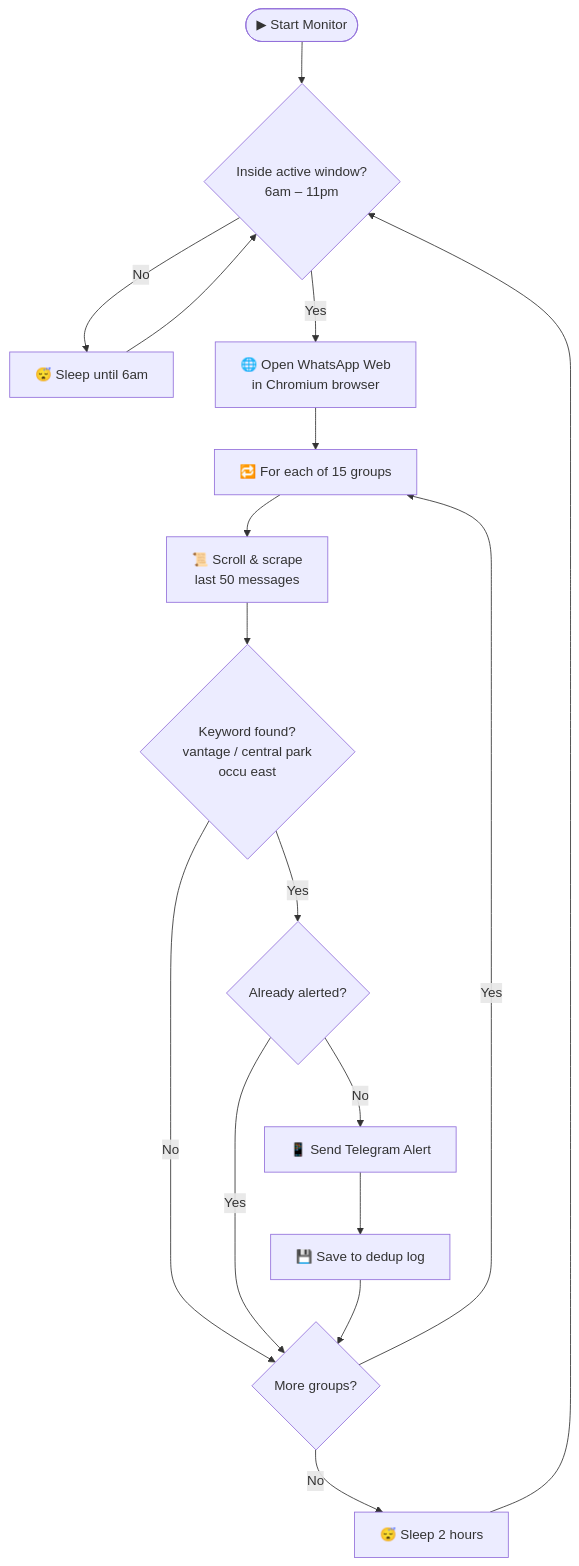
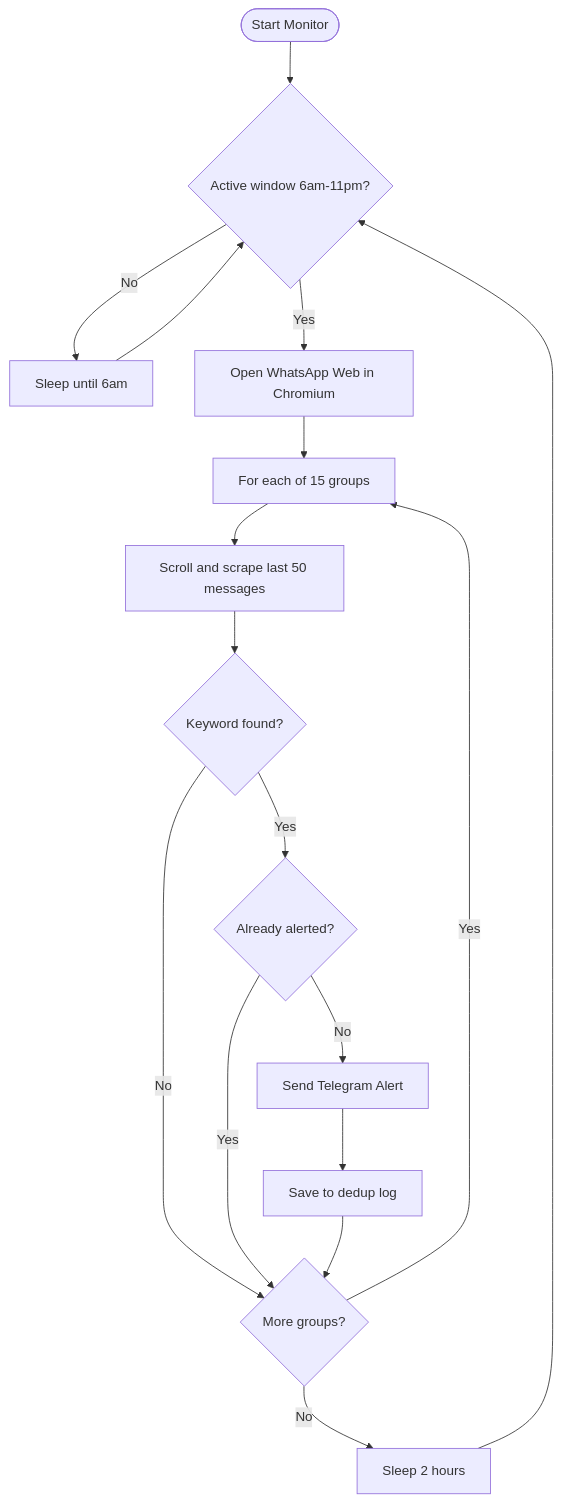
One commit to SandeepKonduruRaju/whatsapp-group-monitor changed the diagram in README.md. Above: the diagram before and after it, drawn with Mermaid. The commit also changed other lines of this file and 3 other files, not shown here.

First line of the commit message:
Add unit tests and fix README Mermaid diagram

````diff
--- a/README.md
+++ b/README.md
@@ -26,19 +26,19 @@
 ```mermaid
 flowchart TD
-    A([▶ Start Monitor]) --> B{Inside active window?\n6am – 11pm}
-    B -- No --> C[😴 Sleep until 6am]
+    A([Start Monitor]) --> B{Active window 6am-11pm?}
+    B -->|No| C[Sleep until 6am]
     C --> B
-    B -- Yes --> D[🌐 Open WhatsApp Web\nin Chromium browser]
-    D --> E[🔁 For each of 15 groups]
-    E --> F[📜 Scroll & scrape\nlast 50 messages]
-    F --> G{Keyword found?\nvantage / central park\noccu east}
-    G -- No --> H{More groups?}
-    G -- Yes --> I{Already alerted?}
-    I -- Yes --> H
-    I -- No --> J[📱 Send Telegram Alert]
-    J --> K[💾 Save to dedup log]
+    B -->|Yes| D[Open WhatsApp Web in Chromium]
+    D --> E[For each of 15 groups]
+    E --> F[Scroll and scrape last 50 messages]
+    F --> G{Keyword found?}
+    G -->|No| H{More groups?}
+    G -->|Yes| I{Already alerted?}
+    I -->|Yes| H
+    I -->|No| J[Send Telegram Alert]
+    J --> K[Save to dedup log]
     K --> H
-    H -- Yes --> E
-    H -- No --> L[😴 Sleep 2 hours]
+    H -->|Yes| E
+    H -->|No| L[Sleep 2 hours]
     L --> B
 ```
````
